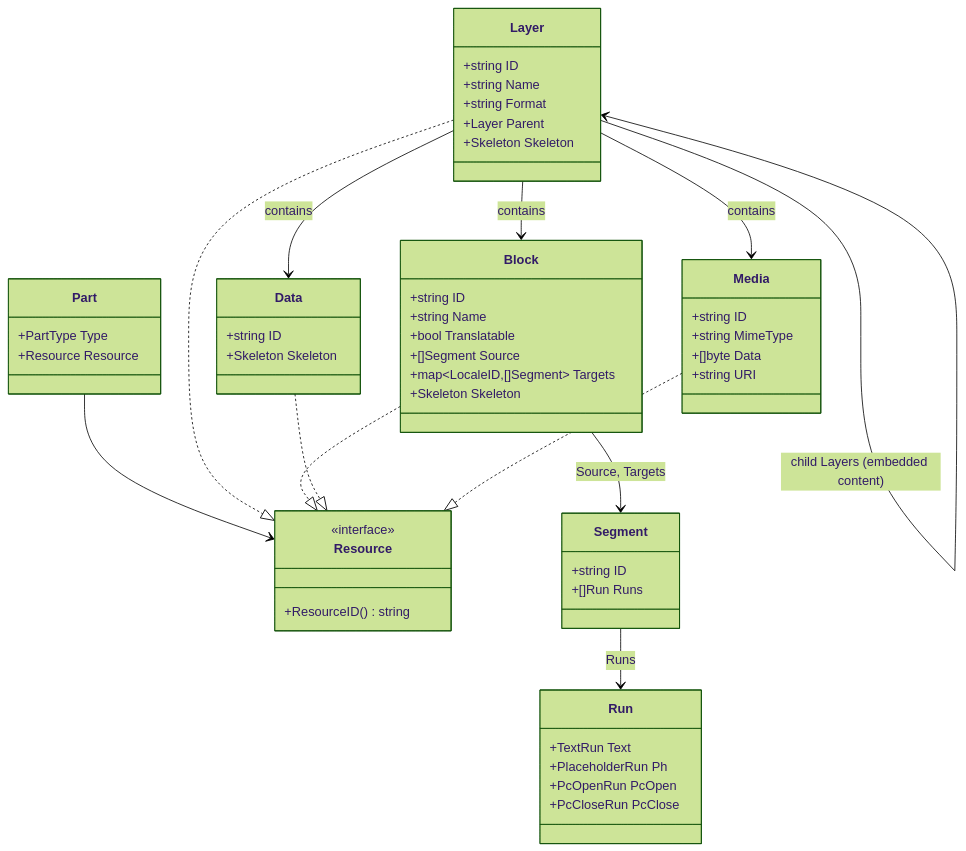
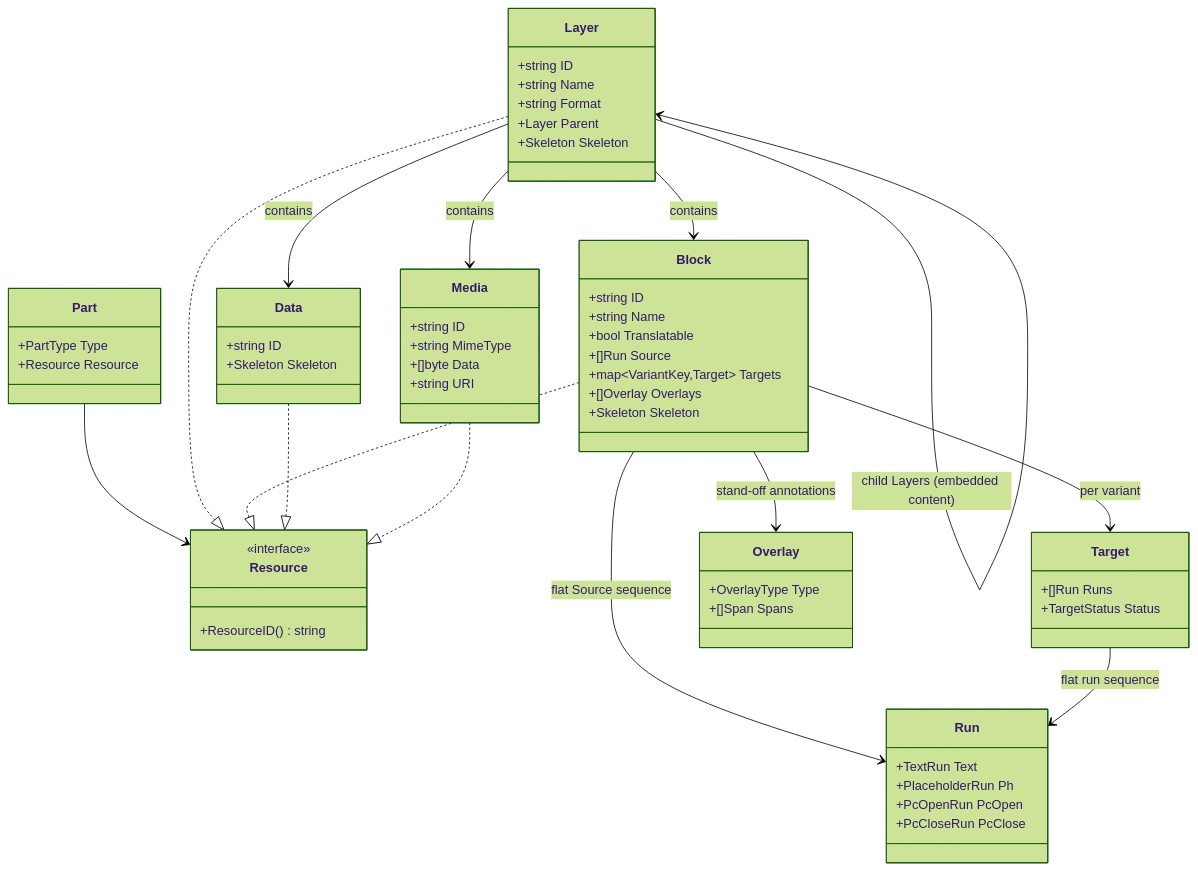
The second of 2 diagrams in docs/internals/ARCHITECTURE.md (neokapi/neokapi), drawn with Mermaid (forest theme) before and after one commit. The commit also changed other lines of this file and 2 other files, not shown here.

First line of the commit message:
docs(internals): align internal + bowrain docs with runs/overlays/typed tools

````diff
--- a/docs/internals/ARCHITECTURE.md
+++ b/docs/internals/ARCHITECTURE.md
@@ -156,65 +156,73 @@
 ```mermaid
 classDiagram
     class Part {
         +PartType Type
         +Resource Resource
     }
 
     class Resource {
         <<interface>>
         +ResourceID() string
     }
 
     class Layer {
         +string ID
         +string Name
         +string Format
         +Layer Parent
         +Skeleton Skeleton
     }
 
     class Block {
         +string ID
         +string Name
         +bool Translatable
-        +[]Segment Source
-        +map~LocaleID,[]Segment~ Targets
+        +[]Run Source
+        +map~VariantKey,Target~ Targets
+        +[]Overlay Overlays
         +Skeleton Skeleton
     }
 
-    class Segment {
-        +string ID
+    class Target {
         +[]Run Runs
+        +TargetStatus Status
+    }
+
+    class Overlay {
+        +OverlayType Type
+        +[]Span Spans
     }
 
     class Run {
         +TextRun Text
         +PlaceholderRun Ph
         +PcOpenRun PcOpen
         +PcCloseRun PcClose
     }
 
     class Data {
         +string ID
         +Skeleton Skeleton
     }
 
     class Media {
         +string ID
         +string MimeType
         +[]byte Data
         +string URI
     }
 
     Part --> Resource
     Layer ..|> Resource
     Block ..|> Resource
     Data ..|> Resource
     Media ..|> Resource
     Layer --> Layer : child Layers (embedded content)
     Layer --> Block : contains
     Layer --> Data : contains
     Layer --> Media : contains
-    Block --> Segment : Source, Targets
-    Segment --> Run : Runs
+    Block --> Run : flat Source sequence
+    Block --> Target : per variant
+    Block --> Overlay : stand-off annotations
+    Target --> Run : flat run sequence
 ```
````
